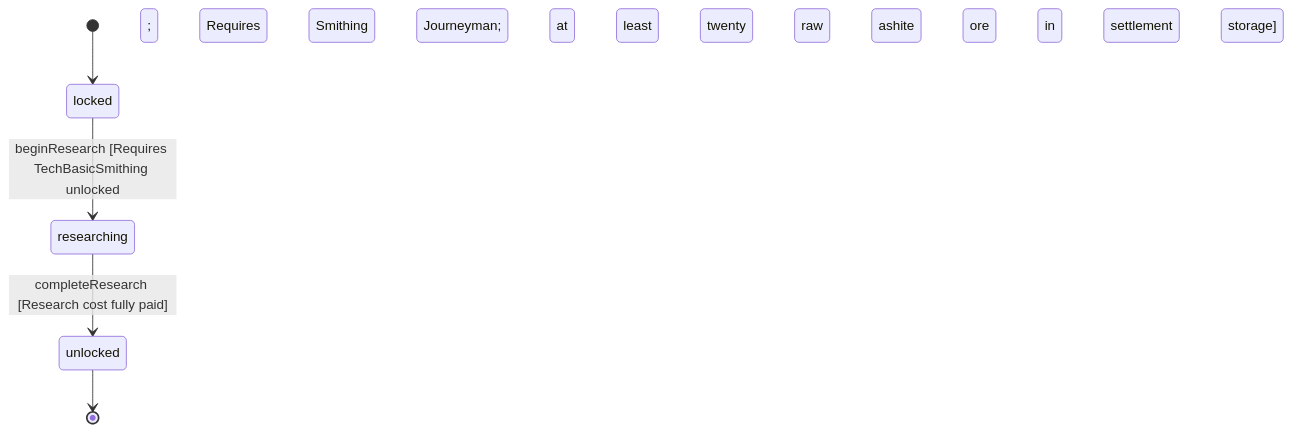
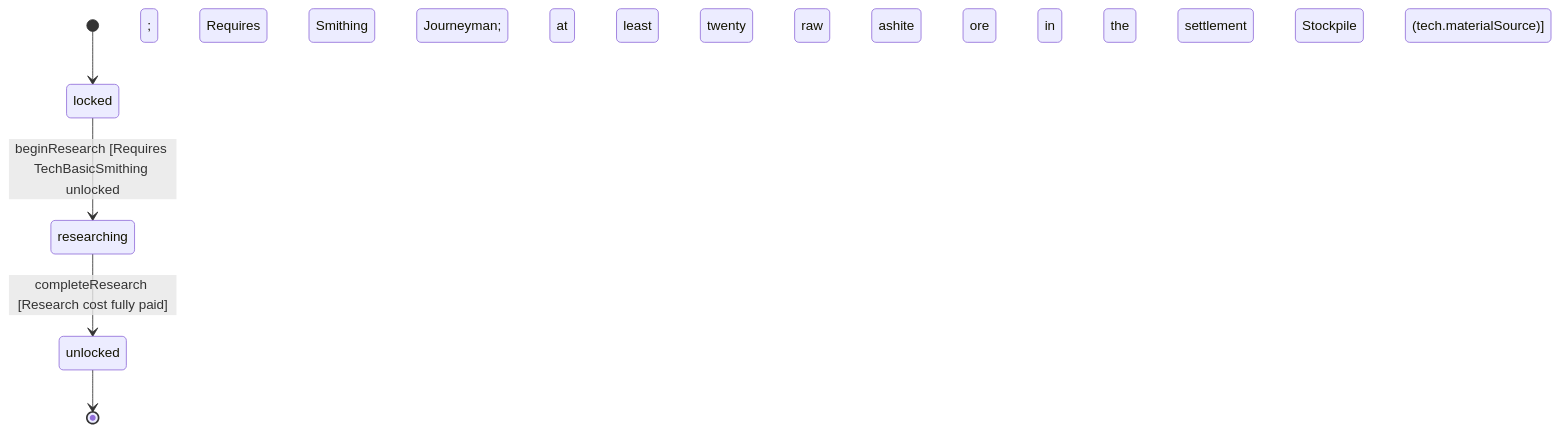
Before and after one commit to Tubaleviao/project-nihon: the diagram in wiki/entities/techmasterforge.md, drawn with Mermaid. The commit also changed other lines of this file and 46 other files, not shown here.

````diff
--- a/wiki/entities/techmasterforge.md
+++ b/wiki/entities/techmasterforge.md
@@ -36,7 +37,7 @@
 ```mermaid
 stateDiagram-v2
   [*] --> locked
-  locked --> researching : beginResearch [Requires TechBasicSmithing unlocked; Requires Smithing Journeyman; Requires at least twenty raw ashite ore in settlement storage]
+  locked --> researching : beginResearch [Requires TechBasicSmithing unlocked; Requires Smithing Journeyman; Requires at least twenty raw ashite ore in the settlement Stockpile (tech.materialSource)]
   researching --> unlocked : completeResearch [Research cost fully paid]
   unlocked --> [*]
 ```
````
